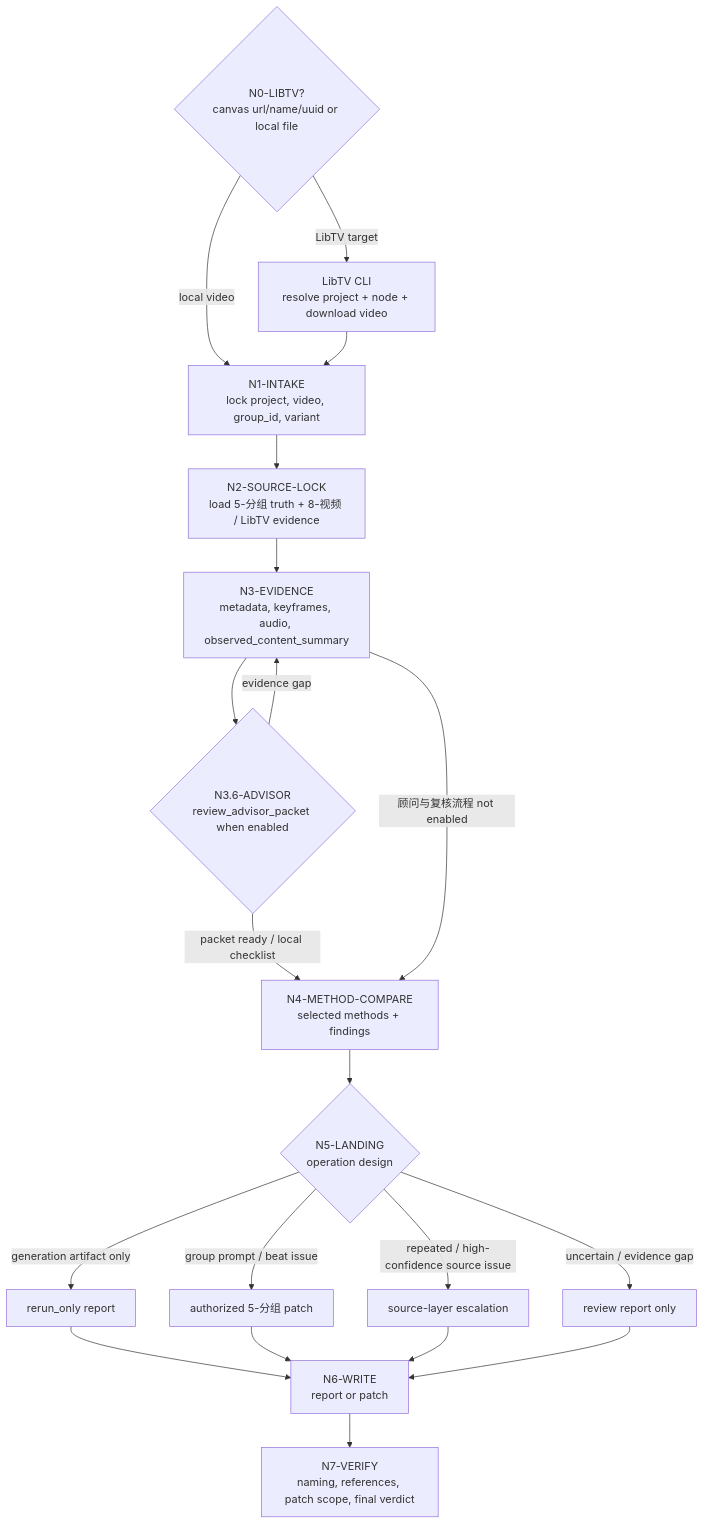
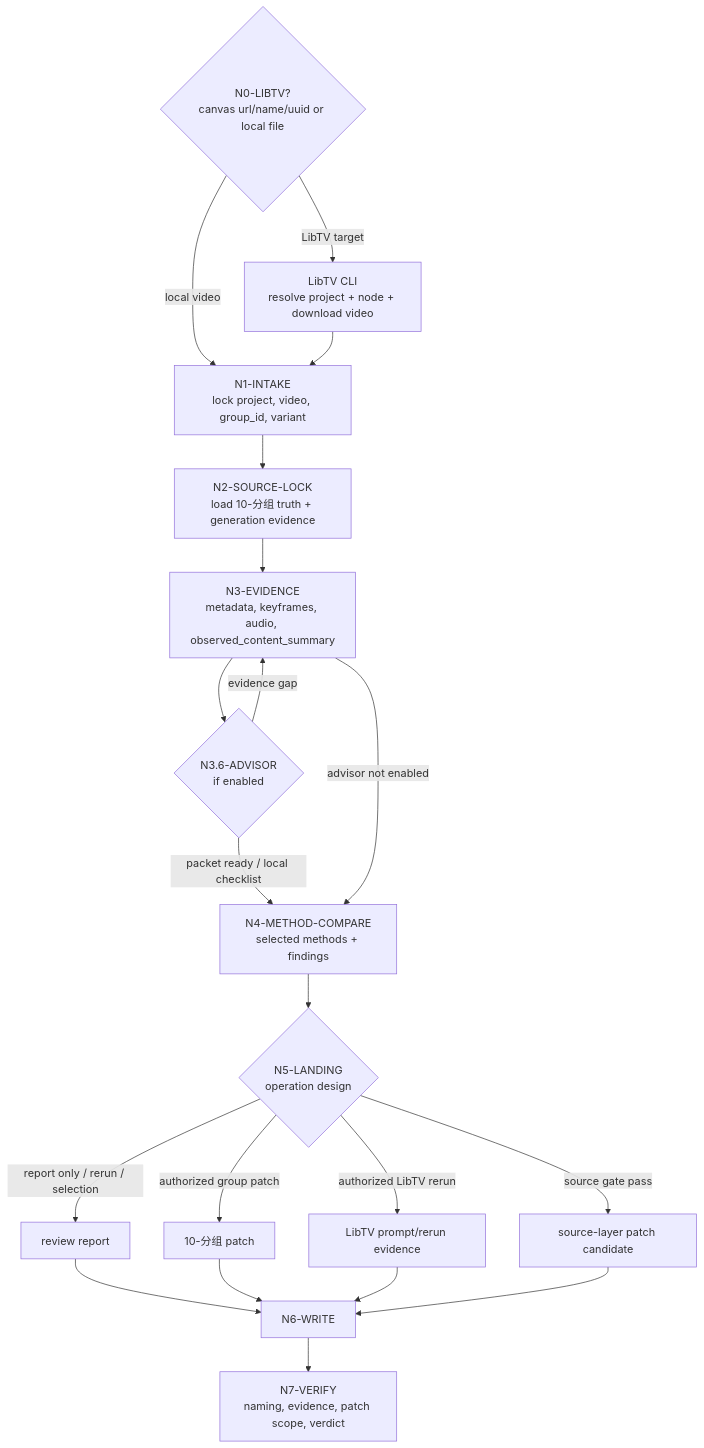
The first of 2 diagrams in .agents/skills/aigc/14-审片/SKILL.md (ZEN-VOID/AI-CUT), drawn with Mermaid before and after one commit. The commit also changed other lines of this file and 739 other files, not shown here.

````diff
--- a/.agents/skills/aigc/14-审片/SKILL.md
+++ b/.agents/skills/aigc/14-审片/SKILL.md
@@ -160,22 +192,22 @@
 ```mermaid
 flowchart TD
     N0{"N0-LIBTV?<br/>canvas url/name/uuid or local file"} -->|"LibTV target"| L["LibTV CLI<br/>resolve project + node + download video"]
     N0 -->|"local video"| N1["N1-INTAKE<br/>lock project, video, group_id, variant"]
     L --> N1
-    N1 --> N2["N2-SOURCE-LOCK<br/>load 5-分组 truth + 8-视频 / LibTV evidence"]
+    N1 --> N2["N2-SOURCE-LOCK<br/>load 10-分组 truth + generation evidence"]
     N2 --> N3["N3-EVIDENCE<br/>metadata, keyframes, audio, observed_content_summary"]
-    N3 --> N36{"N3.6-ADVISOR<br/>review_advisor_packet when enabled"}
+    N3 --> N36{"N3.6-ADVISOR<br/>if enabled"}
     N36 -->|"evidence gap"| N3
     N36 -->|"packet ready / local checklist"| N4["N4-METHOD-COMPARE<br/>selected methods + findings"]
-    N3 -->|"顾问与复核流程 not enabled"| N4
+    N3 -->|"advisor not enabled"| N4
     N4 --> N5{"N5-LANDING<br/>operation design"}
-    N5 -->|"generation artifact only"| R["rerun_only report"]
-    N5 -->|"group prompt / beat issue"| G["authorized 5-分组 patch"]
-    N5 -->|"repeated / high-confidence source issue"| S["source-layer escalation"]
-    N5 -->|"uncertain / evidence gap"| O["review report only"]
-    R --> N6["N6-WRITE<br/>report or patch"]
+    N5 -->|"report only / rerun / selection"| R["review report"]
+    N5 -->|"authorized group patch"| G["10-分组 patch"]
+    N5 -->|"authorized LibTV rerun"| T["LibTV prompt/rerun evidence"]
+    N5 -->|"source gate pass"| S["source-layer patch candidate"]
+    R --> N6["N6-WRITE"]
     G --> N6
+    T --> N6
     S --> N6
-    O --> N6
-    N6 --> N7["N7-VERIFY<br/>naming, references, patch scope, final verdict"]
+    N6 --> N7["N7-VERIFY<br/>naming, evidence, patch scope, verdict"]
 ```
````
